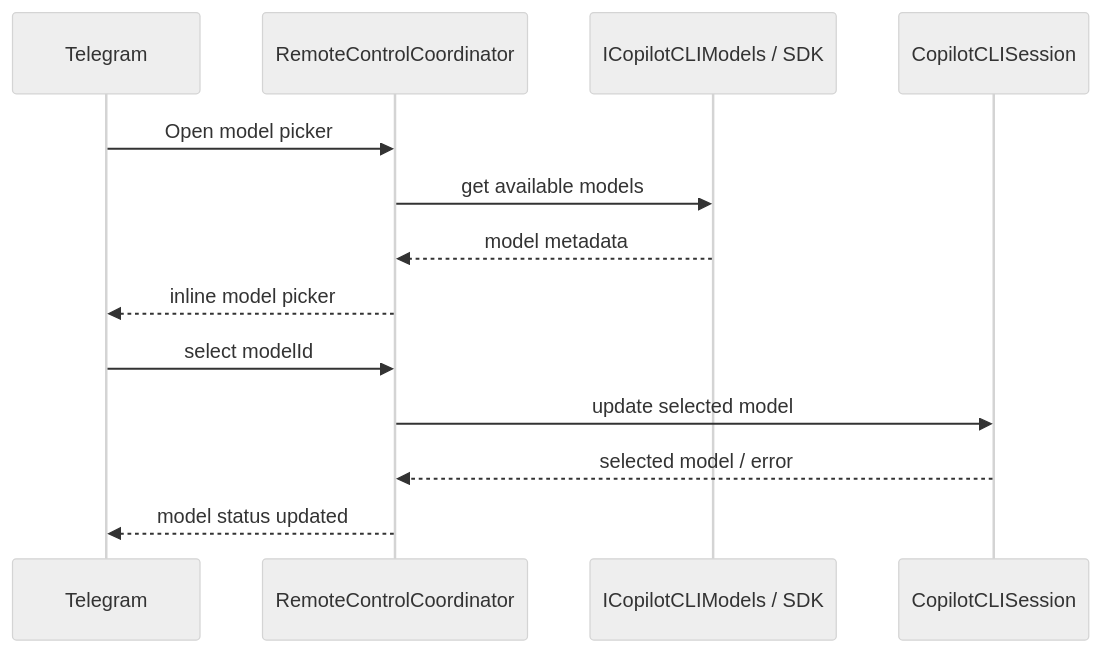
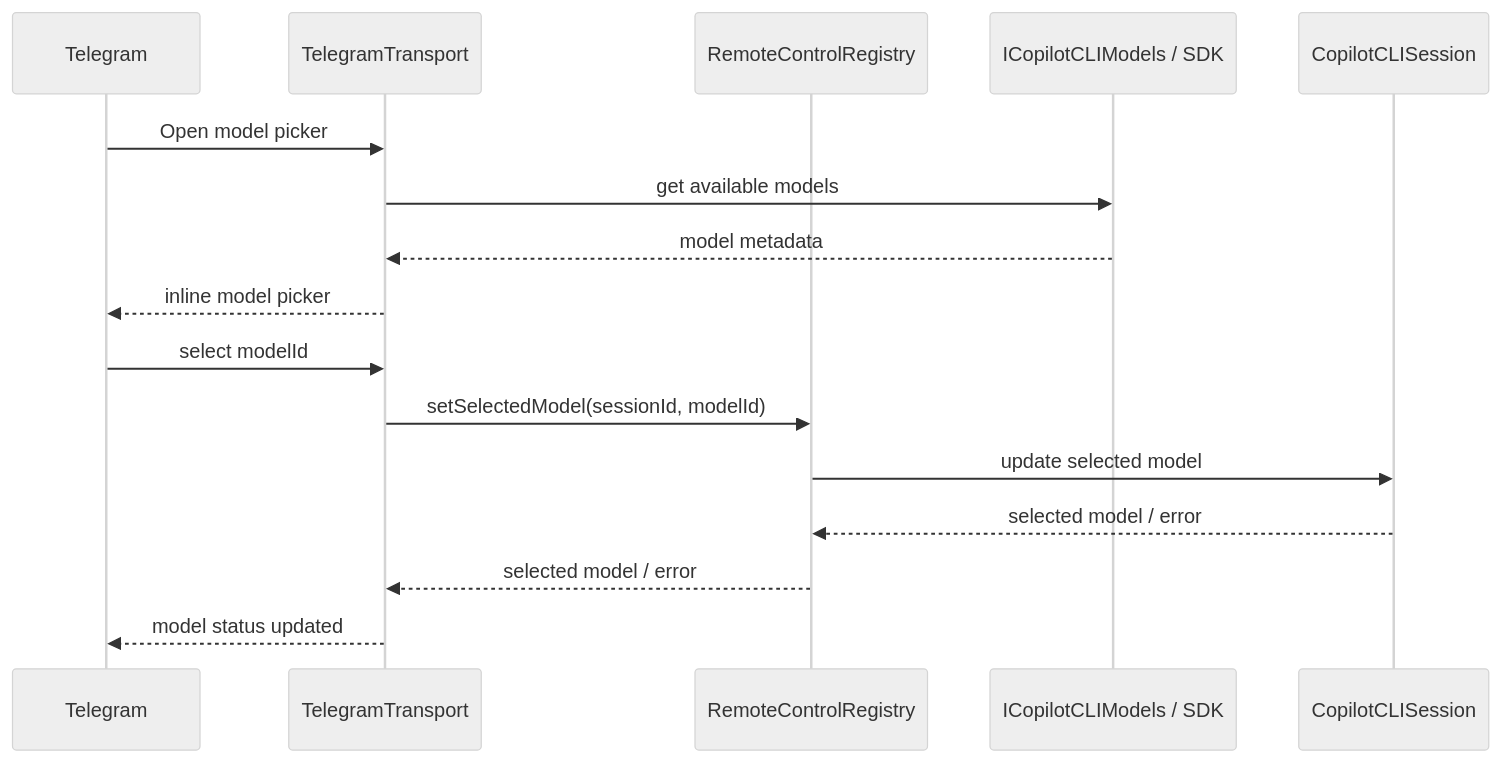
Before and after one commit to SachiHarshitha/vscode-telegram: diagram 11 of 14 in extensions/copilot/docs/telegram-remote/CALL_FLOWS.md, drawn with Mermaid (neutral theme). The commit also changed other lines of this file and 11 other files, not shown here.

````diff
--- a/extensions/copilot/docs/telegram-remote/CALL_FLOWS.md
+++ b/extensions/copilot/docs/telegram-remote/CALL_FLOWS.md
@@ -230,16 +276,19 @@
 ```mermaid
 sequenceDiagram
     participant T as Telegram
-    participant C as RemoteControlCoordinator
+    participant C as TelegramTransport
+    participant R as RemoteControlRegistry
     participant M as ICopilotCLIModels / SDK
     participant S as CopilotCLISession
 
     T->>C: Open model picker
     C->>M: get available models
     M-->>C: model metadata
     C-->>T: inline model picker
     T->>C: select modelId
-    C->>S: update selected model
-    S-->>C: selected model / error
+    C->>R: setSelectedModel(sessionId, modelId)
+    R->>S: update selected model
+    S-->>R: selected model / error
+    R-->>C: selected model / error
     C-->>T: model status updated
 ```
````
